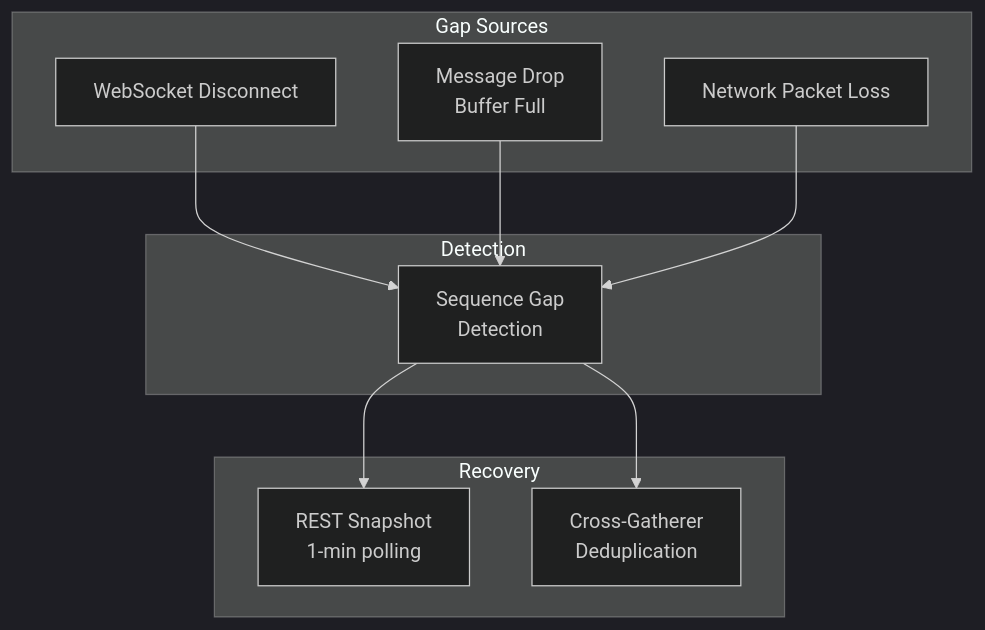
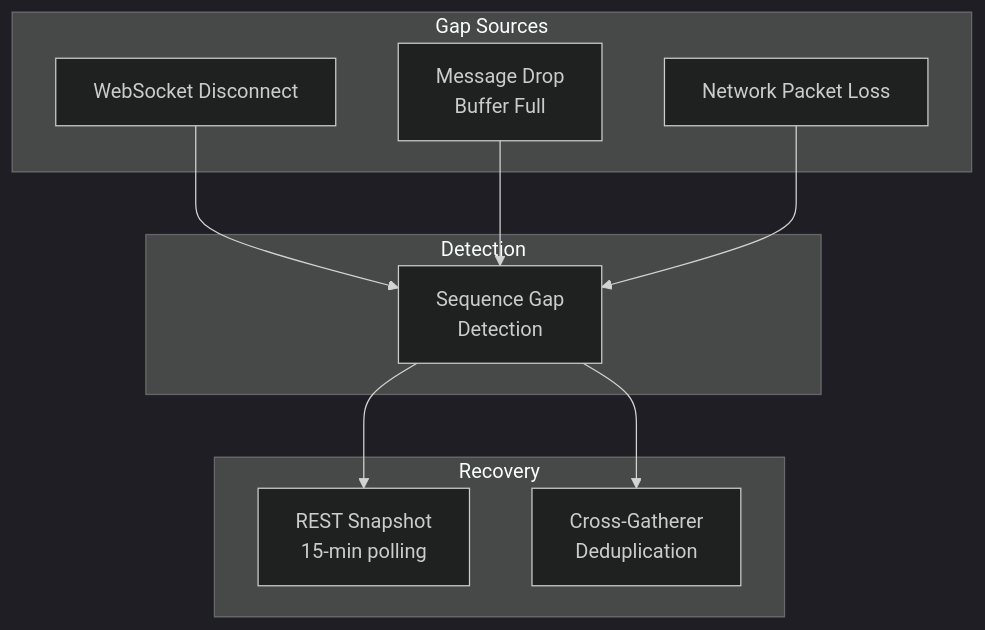
Before and after one commit to Projectsrxg/kalshi_v2: the first of 4 diagrams in docs/kalshi-data/recovery/data-gaps.md, drawn with Mermaid (dark theme). The commit also changed other lines of this file and 77 other files, not shown here.

````diff
--- a/docs/kalshi-data/recovery/data-gaps.md
+++ b/docs/kalshi-data/recovery/data-gaps.md
@@ -11,24 +11,24 @@
 ```mermaid
 flowchart TD
     subgraph "Gap Sources"
         WS[WebSocket Disconnect]
         DROP[Message Drop<br/>Buffer Full]
         NET[Network Packet Loss]
     end
 
     subgraph "Detection"
         SEQ[Sequence Gap<br/>Detection]
     end
 
     subgraph "Recovery"
-        REST[REST Snapshot<br/>1-min polling]
+        REST[REST Snapshot<br/>15-min polling]
         DEDUP[Cross-Gatherer<br/>Deduplication]
     end
 
     WS --> SEQ
     DROP --> SEQ
     NET --> SEQ
 
     SEQ --> REST
     SEQ --> DEDUP
 ```
````
